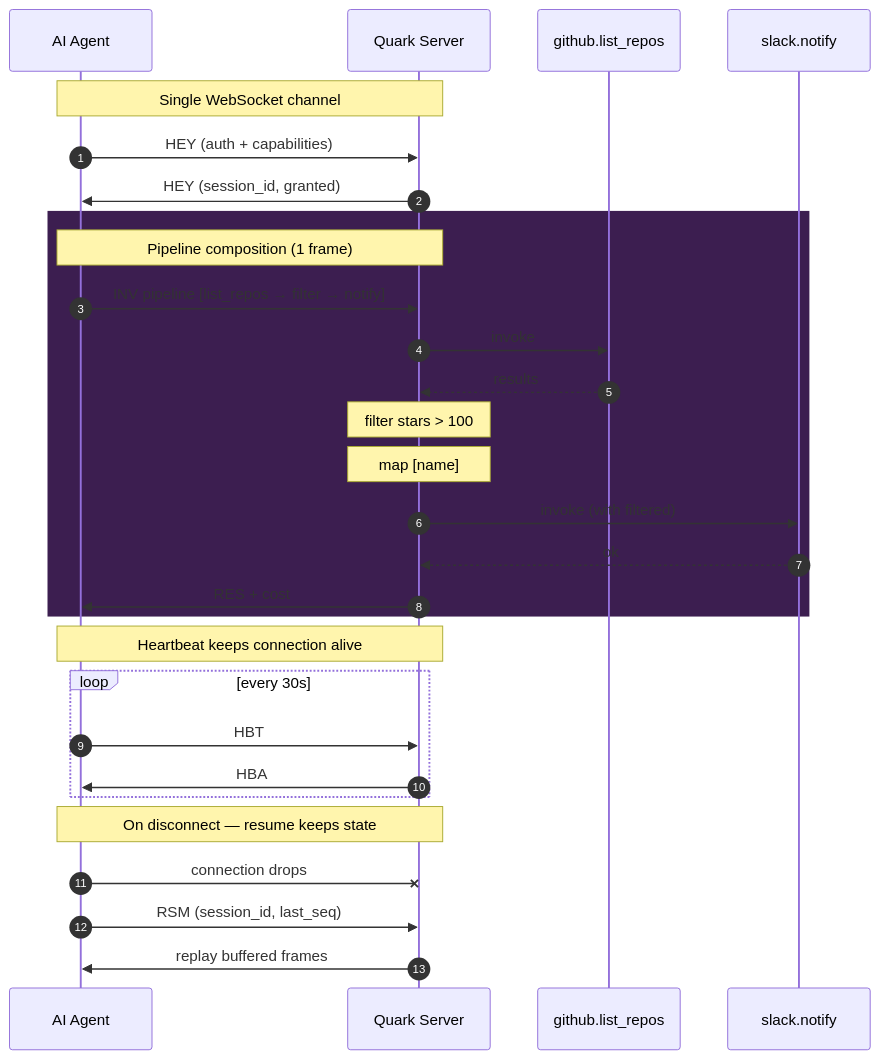
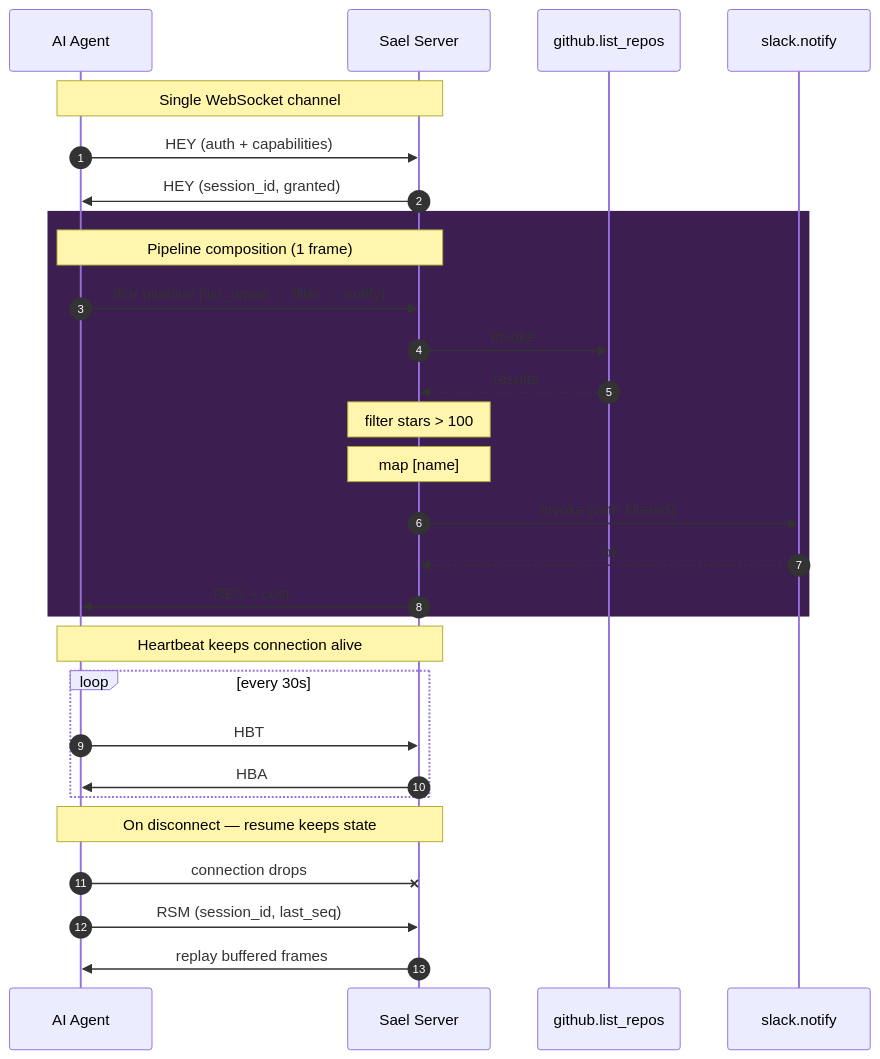
One commit to FasadSalatov/quark changed the first of 2 diagrams in README.md. Above: the diagram before and after it, drawn with Mermaid. The commit also changed other lines of this file and 45 other files, not shown here.

First line of the commit message:
Rebrand: Quark -> Sael (#2)

````diff
--- a/README.md
+++ b/README.md
@@ -248,35 +248,35 @@
 ```mermaid
 sequenceDiagram
     autonumber
     participant C as AI Agent
-    participant S as Quark Server
+    participant S as Sael Server
     participant T1 as github.list_repos
     participant T2 as slack.notify
 
     Note over C,S: Single WebSocket channel
     C->>S: HEY (auth + capabilities)
     S->>C: HEY (session_id, granted)
 
     rect rgb(60, 30, 80)
     Note over C,S: Pipeline composition (1 frame)
     C->>S: INV pipeline [list_repos → filter → notify]
     S->>T1: invoke
     T1-->>S: results
     Note over S: filter stars > 100
     Note over S: map [name]
     S->>T2: invoke (with filtered)
     T2-->>S: ok
     S->>C: RES + cost
     end
 
     Note over C,S: Heartbeat keeps connection alive
     loop every 30s
         C->>S: HBT
         S->>C: HBA
     end
 
     Note over C,S: On disconnect — resume keeps state
     C-x S: connection drops
     C->>S: RSM (session_id, last_seq)
     S->>C: replay buffered frames
 ```
````
